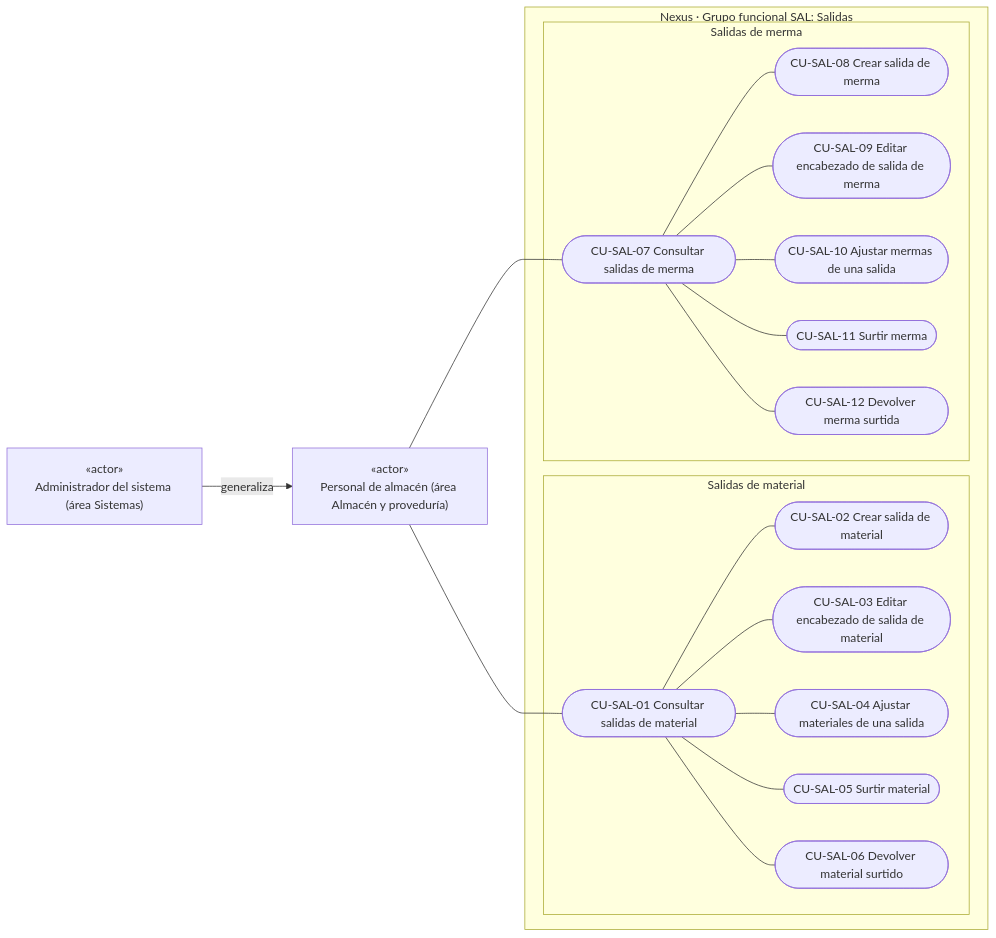
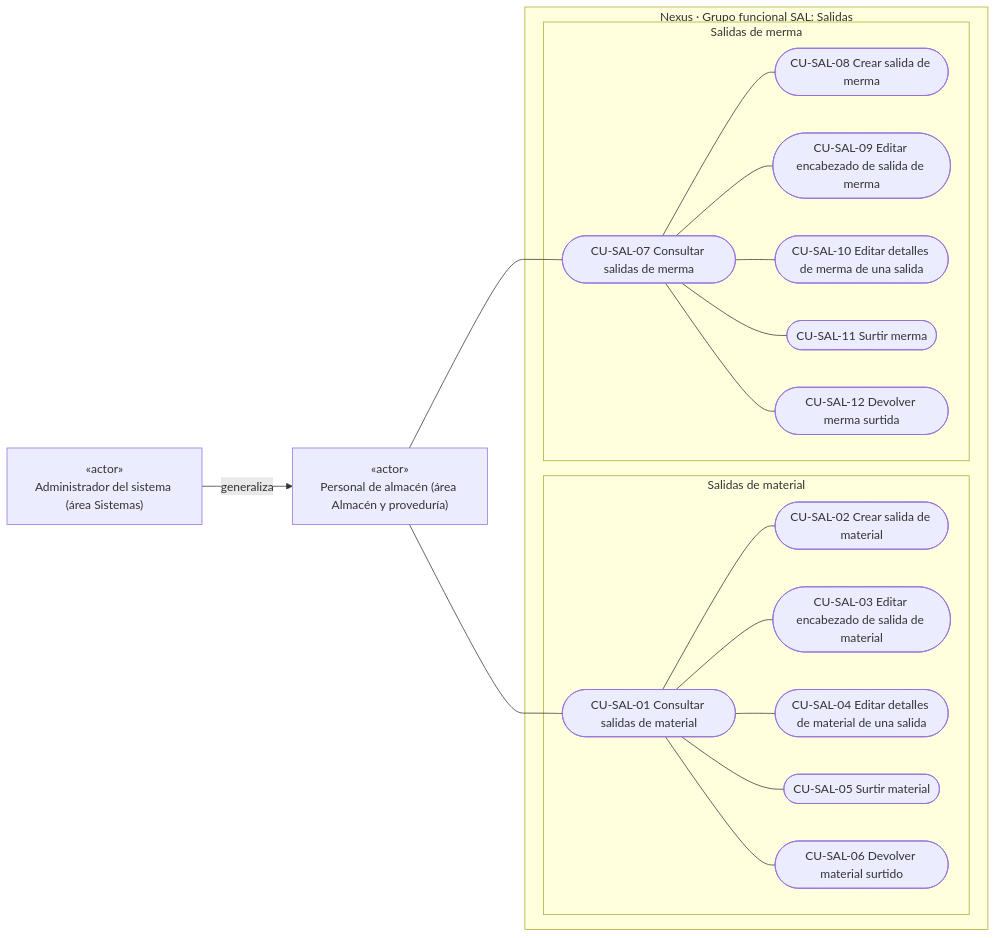
Before and after one commit to gpgsistemas01/nexus: the sixth of 8 diagrams in docs/requirements/domain-and-use-cases.md, drawn with Mermaid. The commit also changed other lines of this file and 4 other files, not shown here.

````diff
--- a/docs/requirements/domain-and-use-cases.md
+++ b/docs/requirements/domain-and-use-cases.md
@@ -241,38 +241,38 @@
 ```mermaid
 flowchart LR
     warehouse["«actor»<br/>Personal de almacén (área Almacén y proveduría)"]
     admin["«actor»<br/>Administrador del sistema (área Sistemas)"]
     admin -- "generaliza" --> warehouse
 
     subgraph issuePackage["Nexus · Grupo funcional SAL: Salidas"]
         subgraph materialIssueFamily["Salidas de material"]
             ucMaterialIssueQuery(["CU-SAL-01 Consultar salidas de material"])
             ucMaterialIssueCreate(["CU-SAL-02 Crear salida de material"])
             ucMaterialIssueHeader(["CU-SAL-03 Editar encabezado de salida de material"])
-            ucMaterialIssueDetails(["CU-SAL-04 Ajustar materiales de una salida"])
+            ucMaterialIssueDetails(["CU-SAL-04 Editar detalles de material de una salida"])
             ucMaterialSupply(["CU-SAL-05 Surtir material"])
             ucMaterialReturn(["CU-SAL-06 Devolver material surtido"])
         end
         subgraph wasteIssueFamily["Salidas de merma"]
             ucWasteIssueQuery(["CU-SAL-07 Consultar salidas de merma"])
             ucWasteIssueCreate(["CU-SAL-08 Crear salida de merma"])
             ucWasteIssueHeader(["CU-SAL-09 Editar encabezado de salida de merma"])
-            ucWasteIssueDetails(["CU-SAL-10 Ajustar mermas de una salida"])
+            ucWasteIssueDetails(["CU-SAL-10 Editar detalles de merma de una salida"])
             ucWasteSupply(["CU-SAL-11 Surtir merma"])
             ucWasteReturn(["CU-SAL-12 Devolver merma surtida"])
         end
     end
 
     warehouse --- ucMaterialIssueQuery
     warehouse --- ucWasteIssueQuery
     ucMaterialIssueQuery --- ucMaterialIssueCreate
     ucMaterialIssueQuery --- ucMaterialIssueHeader
     ucMaterialIssueQuery --- ucMaterialIssueDetails
     ucMaterialIssueQuery --- ucMaterialSupply
     ucMaterialIssueQuery --- ucMaterialReturn
     ucWasteIssueQuery --- ucWasteIssueCreate
     ucWasteIssueQuery --- ucWasteIssueHeader
     ucWasteIssueQuery --- ucWasteIssueDetails
     ucWasteIssueQuery --- ucWasteSupply
     ucWasteIssueQuery --- ucWasteReturn
 ```
````
